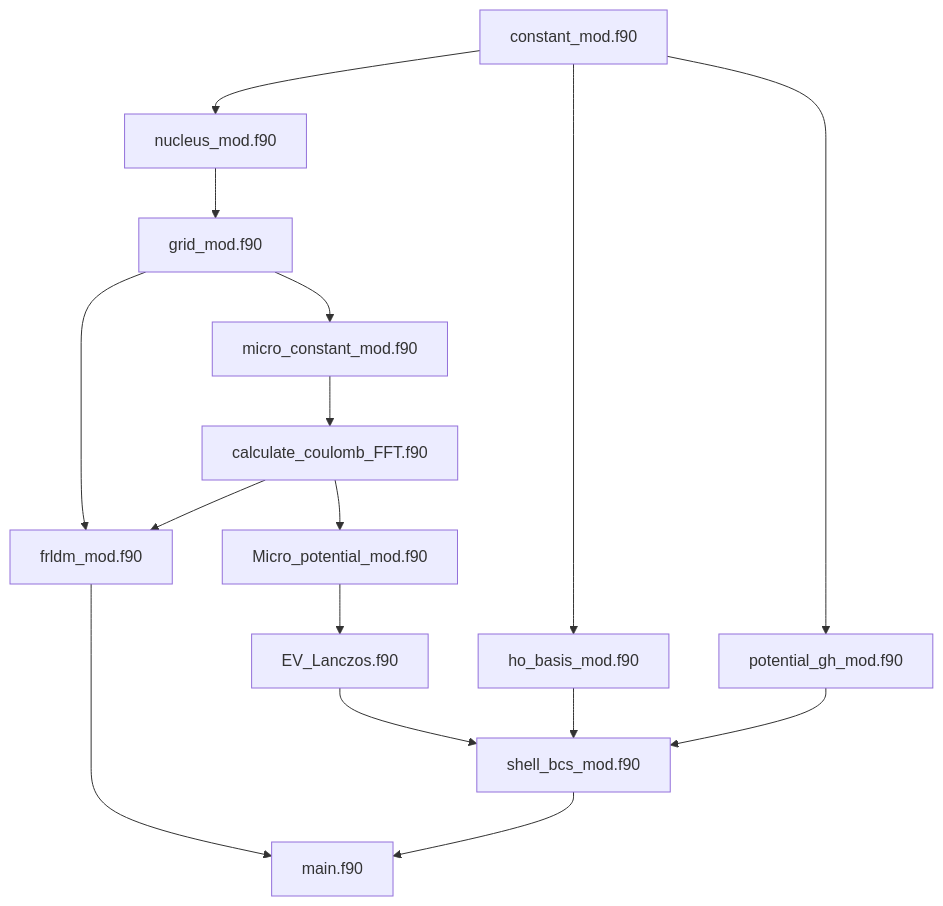
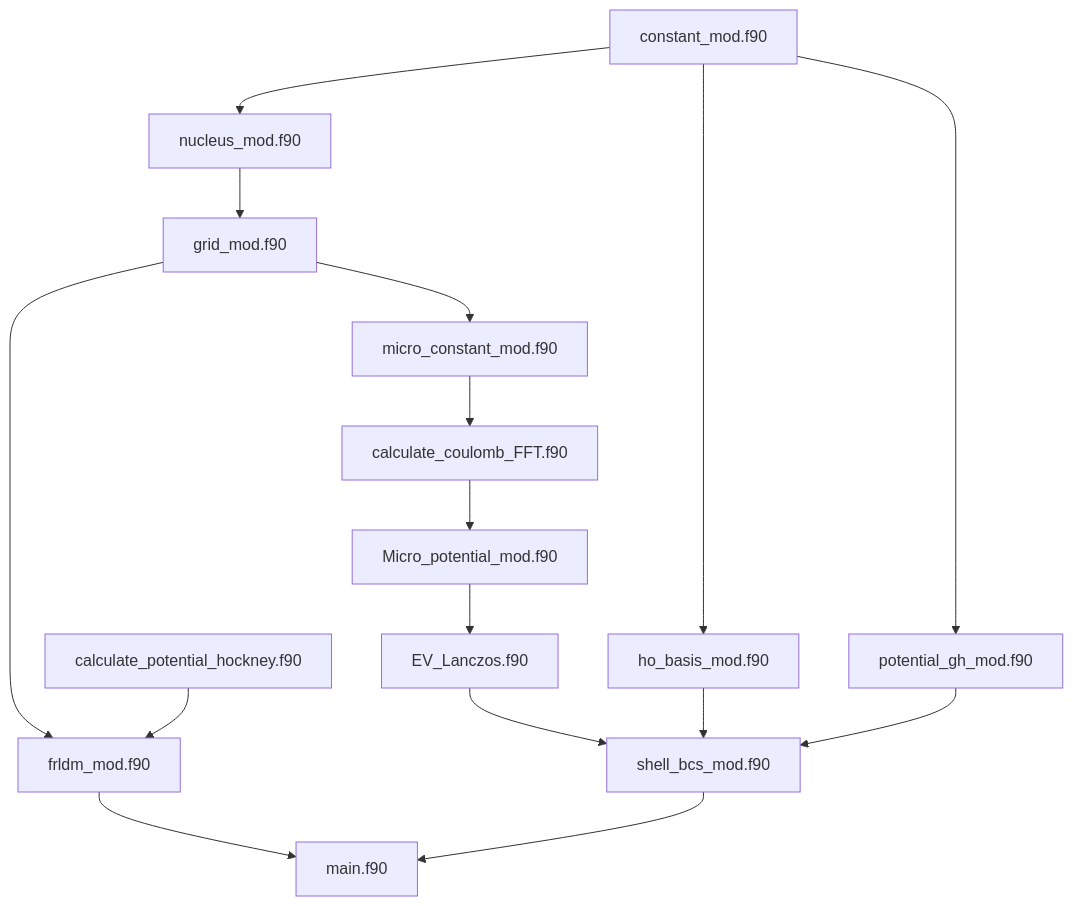
One commit to tanamarugithuber/Microscopic-Macroscopic- changed the diagram in README.md. Above: the diagram before and after it, drawn with Mermaid. The commit also changed other lines of this file and 4 other files, not shown here.

First line of the commit message:
Compute B1 and B3 with Hockney's free-space FFT convolution

````diff
--- a/README.md
+++ b/README.md
@@ -23,19 +23,19 @@
 ```mermaid
 graph TD;
     constant_mod.f90-->nucleus_mod.f90;
     nucleus_mod.f90-->grid_mod.f90;
     grid_mod.f90-->frldm_mod.f90;
-    calculate_coulomb_FFT.f90-->frldm_mod.f90;
+    calculate_potential_hockney.f90-->frldm_mod.f90;
     grid_mod.f90-->micro_constant_mod.f90;
     micro_constant_mod.f90-->calculate_coulomb_FFT.f90
     calculate_coulomb_FFT.f90-->Micro_potential_mod.f90
     Micro_potential_mod.f90-->EV_Lanczos.f90
     EV_Lanczos.f90-->shell_bcs_mod.f90
     frldm_mod.f90-->main.f90
     shell_bcs_mod.f90-->main.f90
     constant_mod.f90-->ho_basis_mod.f90
     ho_basis_mod.f90-->shell_bcs_mod.f90
     constant_mod.f90-->potential_gh_mod.f90
     potential_gh_mod.f90-->shell_bcs_mod.f90
 
 ```
````
